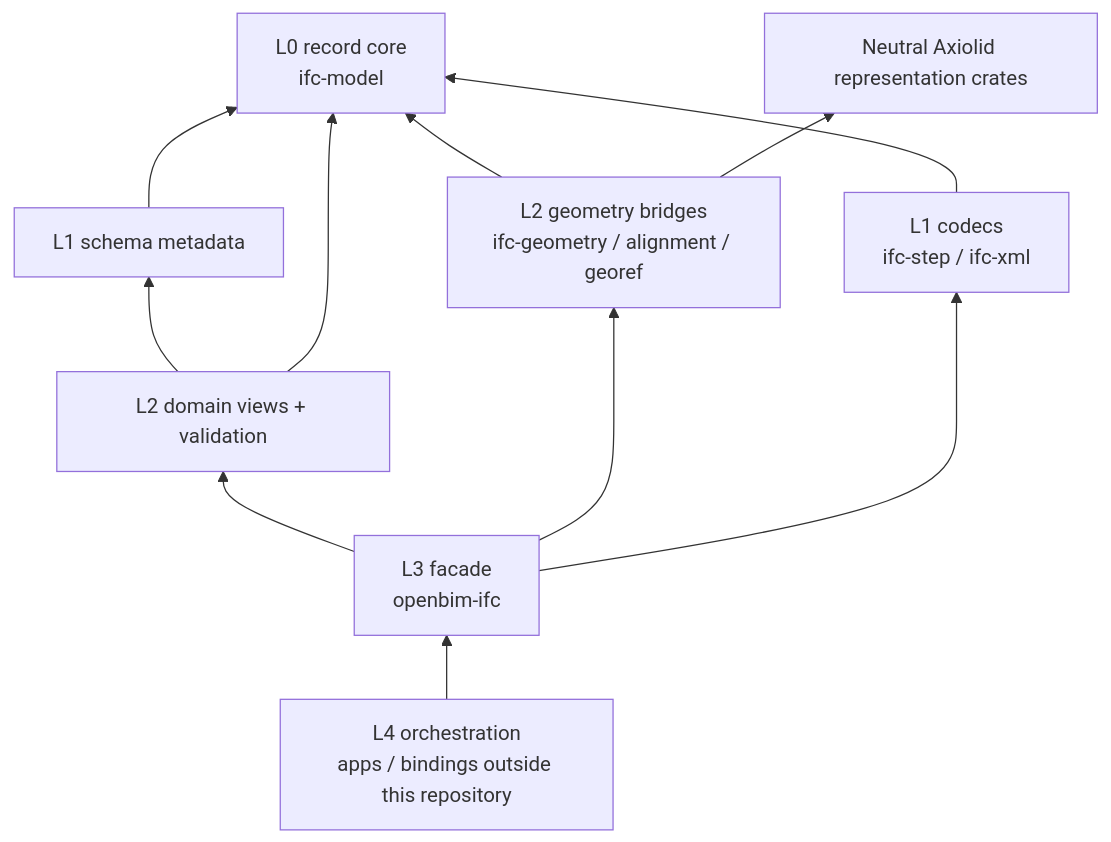
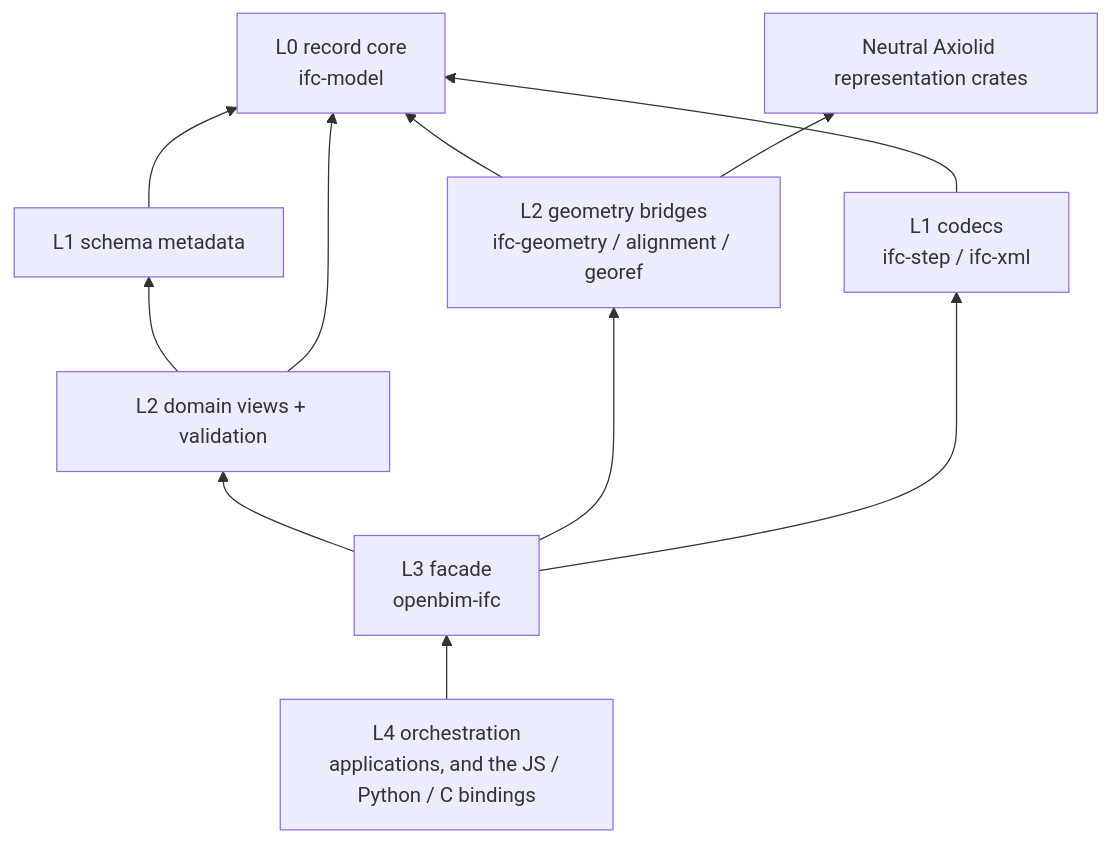
The second of 2 diagrams in docs/architecture/index.md (openbimrs/ifc), drawn with Mermaid before and after one commit. The commit also changed other lines of this file and 27 other files, not shown here.

````diff
--- a/docs/architecture/index.md
+++ b/docs/architecture/index.md
@@ -51,15 +51,15 @@
 ```mermaid
 flowchart BT
   accTitle: openbim-ifc dependency tiers
   accDescr: Dependencies point downward from orchestration through the facade and optional domain or geometry crates to codecs, schema metadata, and the record core.
-  L4["L4 orchestration<br/>apps / bindings outside this repository"] --> L3["L3 facade<br/>openbim-ifc"]
+  L4["L4 orchestration<br/>applications, and the JS / Python / C bindings"] --> L3["L3 facade<br/>openbim-ifc"]
   L3 --> Domains["L2 domain views + validation"]
   L3 --> Geometry["L2 geometry bridges<br/>ifc-geometry / alignment / georef"]
   Domains --> Schema["L1 schema metadata"]
   Domains --> Model["L0 record core<br/>ifc-model"]
   Geometry --> Model
   Geometry --> Axiolid["Neutral Axiolid representation crates"]
   L3 --> Codecs["L1 codecs<br/>ifc-step / ifc-xml"]
   Codecs --> Model
   Schema --> Model
 ```
````
